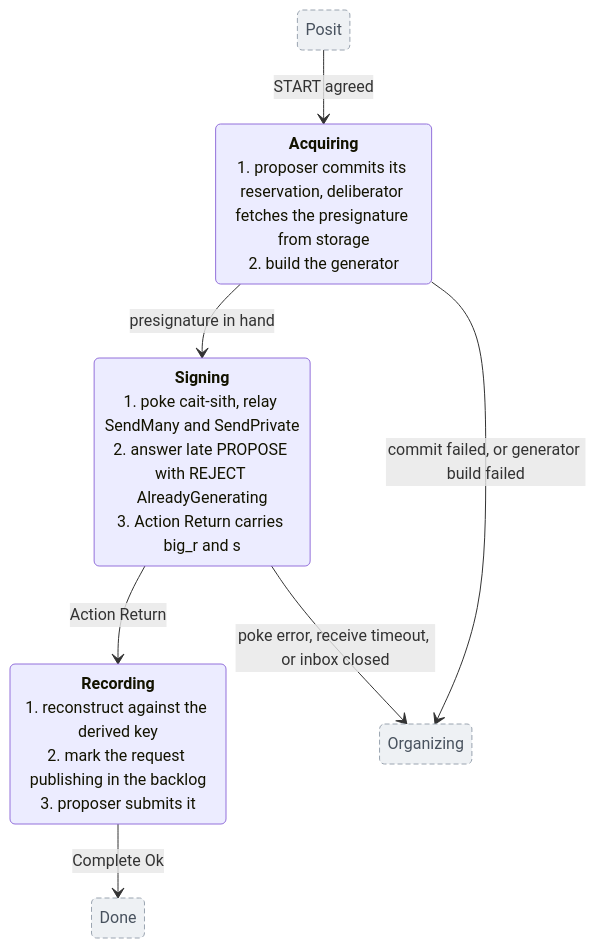
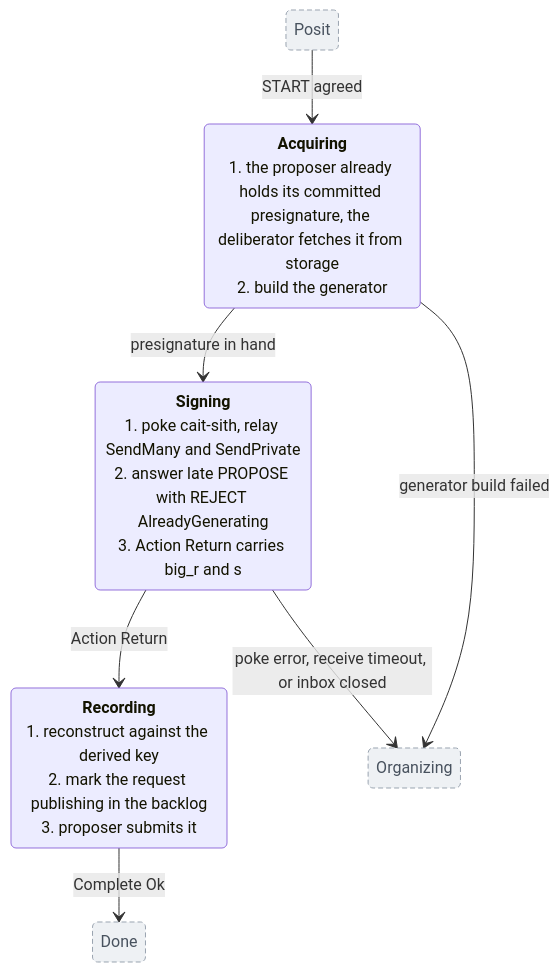
One commit to sig-net/mpc changed the fifth of 6 diagrams in doc/posit_state_machine.md. Above: the diagram before and after it, drawn with Mermaid. The commit also changed other lines of this file, not shown here.

First line of the commit message:
docs(posit): commit the presignature in the posit phase

````diff
--- a/doc/posit_state_machine.md
+++ b/doc/posit_state_machine.md
@@ -208,21 +209,21 @@
 ```mermaid
 stateDiagram-v2
-    state "<b>Acquiring</b><br/>1. proposer commits its reservation, deliberator fetches the presignature from storage<br/>2. build the generator" as Acquiring
+    state "<b>Acquiring</b><br/>1. the proposer already holds its committed presignature, the deliberator fetches it from storage<br/>2. build the generator" as Acquiring
     state "<b>Signing</b><br/>1. poke cait-sith, relay SendMany and SendPrivate<br/>2. answer late PROPOSE with REJECT AlreadyGenerating<br/>3. Action Return carries big_r and s" as Signing
     state "<b>Recording</b><br/>1. reconstruct against the derived key<br/>2. mark the request publishing in the backlog<br/>3. proposer submits it" as Recording
     state "Posit" as PositIn
     state "Done" as DoneOut
     state "Organizing" as OrgOut
 
     PositIn --> Acquiring: START agreed
 
     Acquiring --> Signing: presignature in hand
     Signing --> Recording: Action Return
     Recording --> DoneOut: Complete Ok
 
-    Acquiring --> OrgOut: commit failed, or generator build failed
+    Acquiring --> OrgOut: generator build failed
     Signing --> OrgOut: poke error, receive timeout, or inbox closed
 
     classDef outside fill:#eef1f4,stroke:#9aa4b0,color:#48525e,stroke-dasharray:5 3
     class PositIn,DoneOut,OrgOut outside
 ```
````
